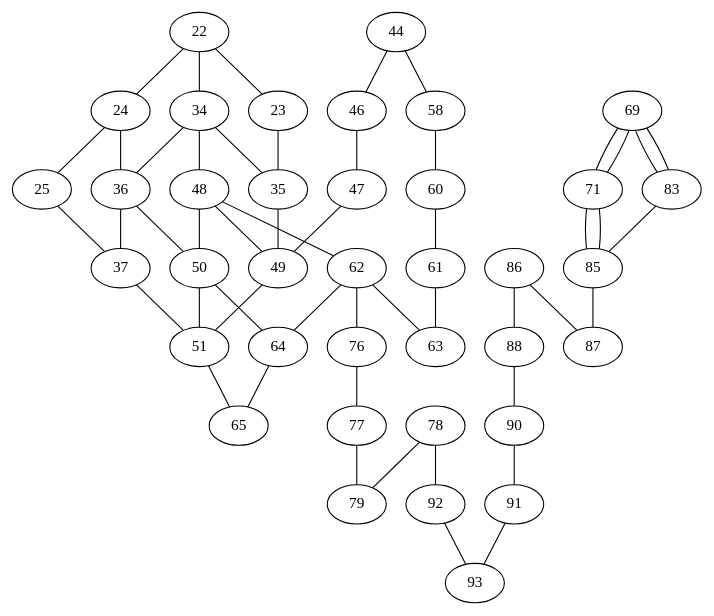
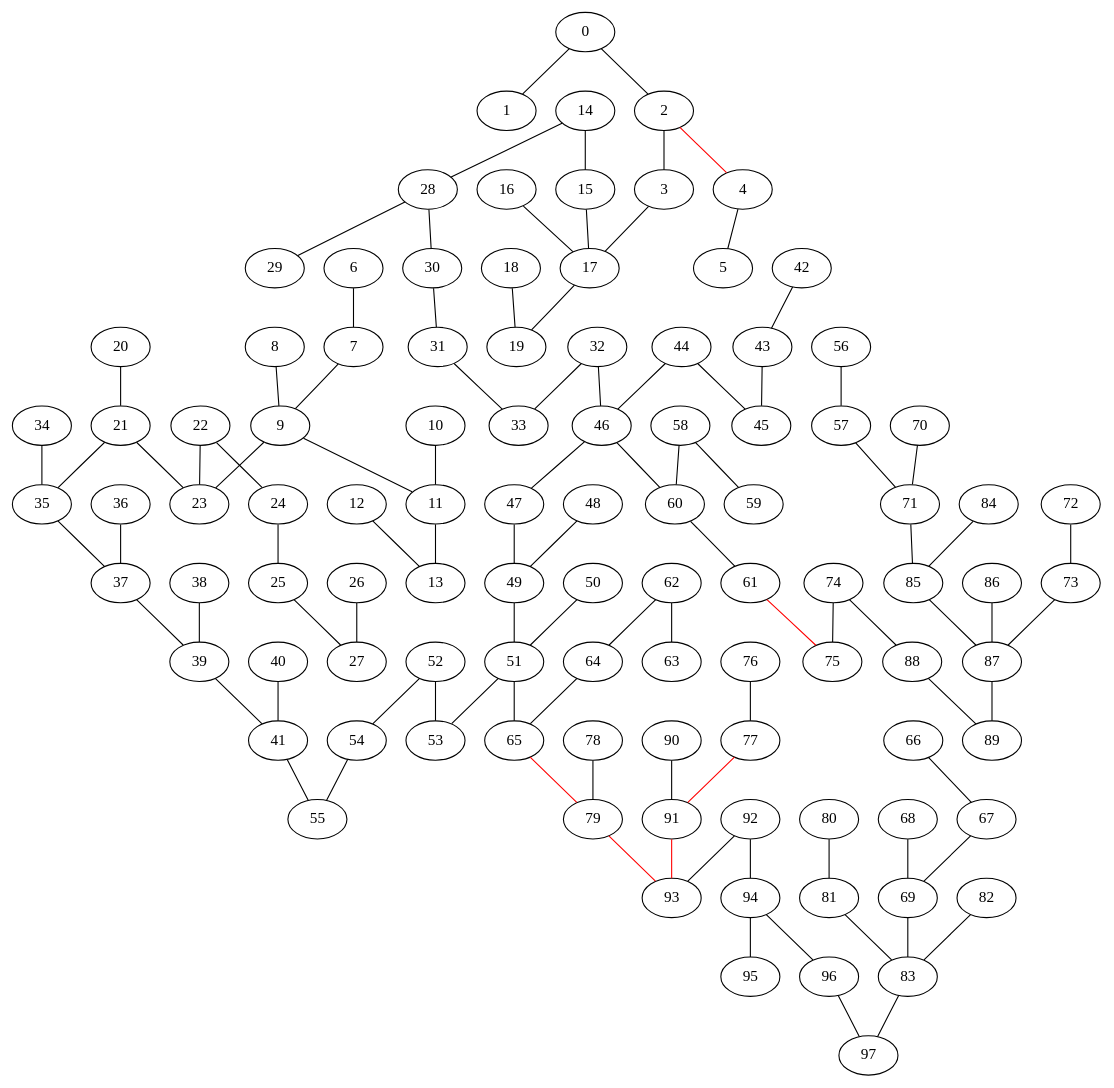
The diagram in src/teste.dot (marcoputon/CircuitRouting), drawn with Graphviz before and after one commit. The commit also changed 15 other files, not shown here.

```diff
--- a/src/teste.dot
+++ b/src/teste.dot
@@ -1,52 +1,99 @@
 graph {
+0 -- 1
+4 -- 5
+10 -- 11
 24 -- 25
+52 -- 53
 50 -- 51
 22 -- 23
 48 -- 49
 46 -- 47
-44 -- 46
+20 -- 21
+44 -- 45
+96 -- 97
+90 -- 91
 92 -- 93
-86 -- 88
-90 -- 91
+94 -- 95
+40 -- 41
+42 -- 43
+88 -- 89
+84 -- 85
 86 -- 87
+80 -- 81
+82 -- 83
+2 -- 3
+8 -- 9
+18 -- 19
+38 -- 39
 78 -- 79
+36 -- 37
 76 -- 77
-36 -- 37
+74 -- 75
+16 -- 17
 34 -- 35
+72 -- 73
+70 -- 71
+66 -- 67
+68 -- 69
+6 -- 7
+14 -- 15
+32 -- 33
 64 -- 65
+30 -- 31
 62 -- 63
 60 -- 61
+12 -- 13
+28 -- 29
+58 -- 59
+26 -- 27
+56 -- 57
+54 -- 55
+25 -- 27
+52 -- 54
+94 -- 96
+11 -- 13
+39 -- 41
+81 -- 83
+67 -- 69
+71 -- 85
+49 -- 51
+44 -- 46
+21 -- 23
+2 -- 4 [color="red"]
+91 -- 93 [color="red"]
+62 -- 64
+87 -- 89
+83 -- 97
+69 -- 83
 58 -- 60
-25 -- 37
-88 -- 90
+79 -- 93 [color="red"]
+77 -- 91 [color="red"]
+74 -- 88
+73 -- 87
+35 -- 37
+17 -- 19
+7 -- 9
+31 -- 33
+65 -- 79 [color="red"]
+61 -- 75 [color="red"]
+57 -- 71
+22 -- 24
+92 -- 94
+85 -- 87
+15 -- 17
+51 -- 53
+0 -- 2
+43 -- 45
+9 -- 11
+37 -- 39
+28 -- 30
+32 -- 46
+41 -- 55
+51 -- 65
+21 -- 35
+14 -- 28
+46 -- 60
+3 -- 17
+9 -- 23
 47 -- 49
-23 -- 35
-61 -- 63
-51 -- 65
-44 -- 58
-37 -- 51
-35 -- 49
-91 -- 93
-49 -- 51
-78 -- 92
-77 -- 79
-71 -- 85
-69 -- 83
-62 -- 76
-69 -- 71
-85 -- 87
-22 -- 24
-34 -- 36
-48 -- 50
-62 -- 64
-22 -- 34
-34 -- 48
-48 -- 62
-24 -- 36
-36 -- 50
-50 -- 64
-69 -- 71
-83 -- 85
-69 -- 83
-71 -- 85
 }
```
